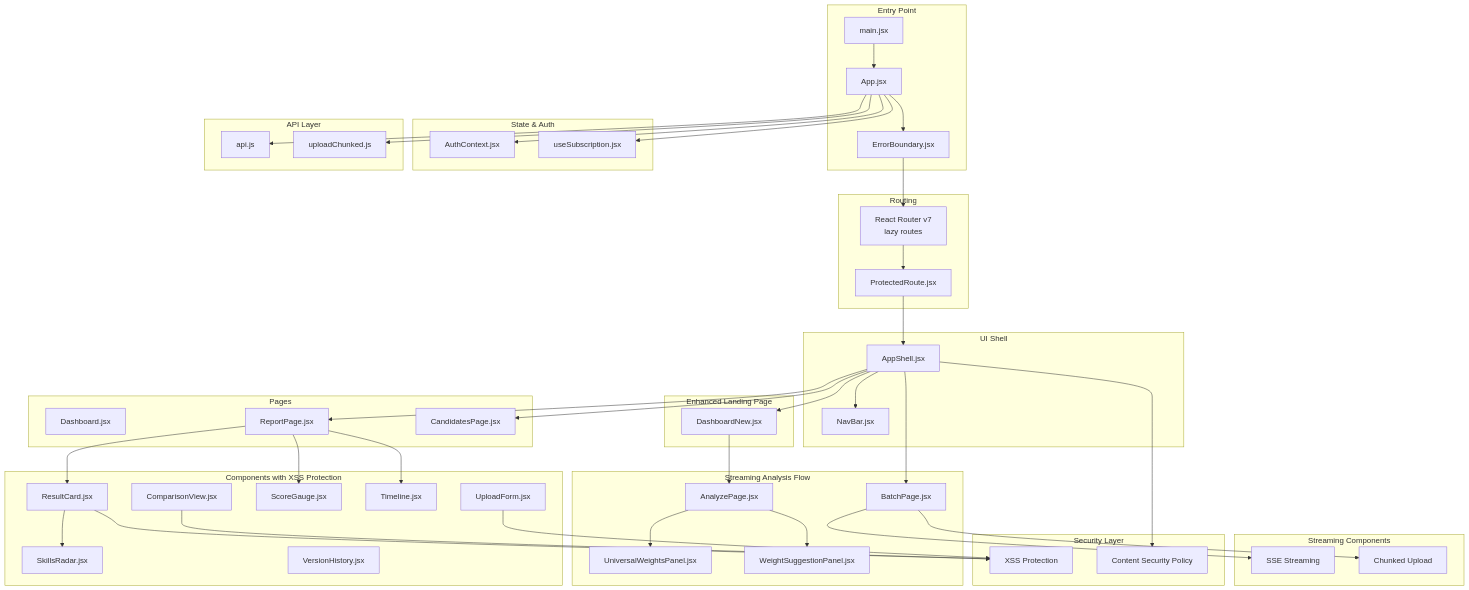
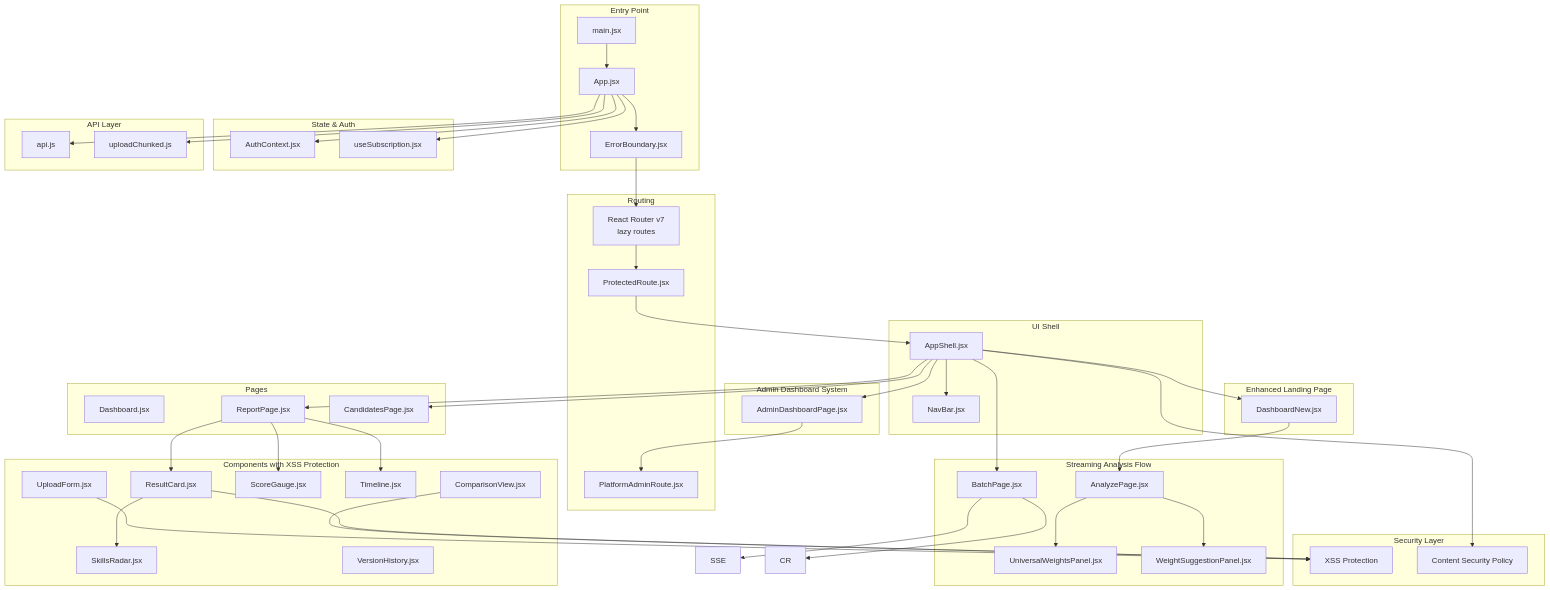
The first of 25 diagrams in .qoder/repowiki/en/content/Frontend Architecture/Frontend Architecture.md (Revanththetalogics/aireume), drawn with Mermaid before and after one commit. The commit also changed other lines of this file and 10 other files, not shown here.

```diff
--- a/.qoder/repowiki/en/content/Frontend Architecture/Frontend Architecture.md
+++ b/.qoder/repowiki/en/content/Frontend Architecture/Frontend Architecture.md
@@ -74,6 +81,7 @@
 subgraph "Routing"
 R["React Router v7<br/>lazy routes"]
 PR["ProtectedRoute.jsx"]
+PAR["PlatformAdminRoute.jsx"]
 end
 subgraph "UI Shell"
 AS["AppShell.jsx"]
@@ -88,9 +96,9 @@
 WSP["WeightSuggestionPanel.jsx"]
 BP["BatchPage.jsx"]
 end
-subgraph "Streaming Components"
-SSE["SSE Streaming"]
-CR["Chunked Upload"]
+subgraph "Admin Dashboard System"
+ADP["AdminDashboardPage.jsx"]
+PAR["PlatformAdminRoute.jsx"]
 end
 subgraph "Pages"
 D["Dashboard.jsx"]
@@ -137,6 +145,8 @@
 RP --> TL
 RC --> SR
 AS --> CP
+AS --> ADP
+ADP --> PAR
 A --> API
 A --> AC
 A --> USC
```
